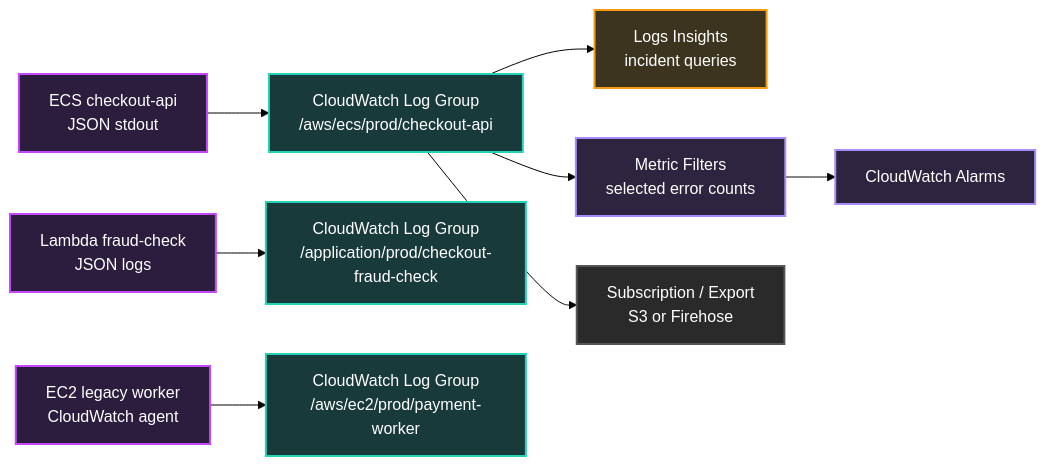
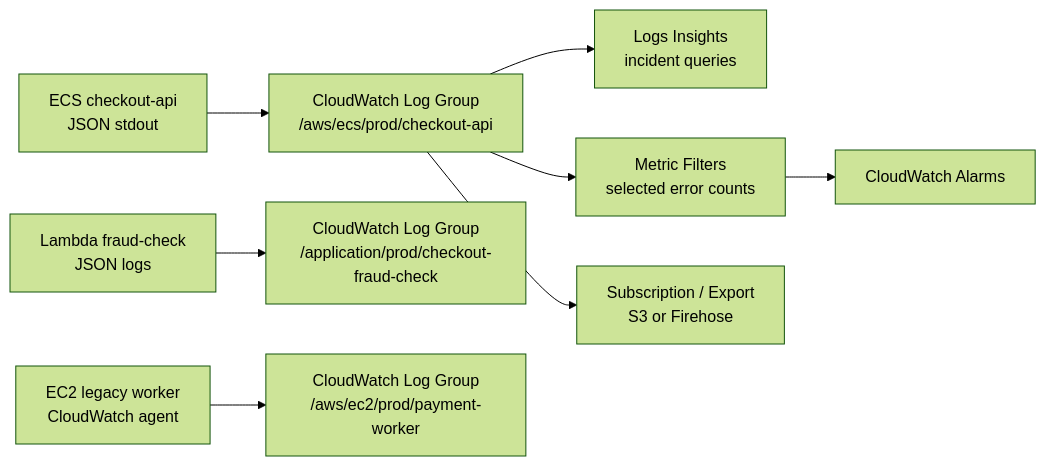
One commit to senlinyy/dev-roadmaps changed the second of 2 diagrams in cloud-providers/aws/observability/03-cloudwatch-logs-and-logs-insights.md. Above: the diagram before and after it, drawn with Mermaid (forest theme). The commit also changed other lines of this file and 152 other files, not shown here.

Commit message:
feat: mlops and diagrams updated

````diff
--- a/cloud-providers/aws/observability/03-cloudwatch-logs-and-logs-insights.md
+++ b/cloud-providers/aws/observability/03-cloudwatch-logs-and-logs-insights.md
@@ -498,17 +493,11 @@
 ```mermaid
 graph LR
     ECS[ECS checkout-api<br/>JSON stdout]:::compute --> Logs[CloudWatch Log Group<br/>/aws/ecs/prod/checkout-api]:::store
     Lambda[Lambda fraud-check<br/>JSON logs]:::compute --> LambdaLogs[CloudWatch Log Group<br/>/application/prod/checkout-fraud-check]:::store
     EC2[EC2 legacy worker<br/>CloudWatch agent]:::compute --> WorkerLogs[CloudWatch Log Group<br/>/aws/ec2/prod/payment-worker]:::store
 
     Logs --> Insights[Logs Insights<br/>incident queries]:::query
     Logs --> Filters[Metric Filters<br/>selected error counts]:::metric
     Logs --> Archive[Subscription / Export<br/>S3 or Firehose]:::archive
     Filters --> Alarm[CloudWatch Alarms]:::metric
-
-    classDef compute fill:#2c1d3e,stroke:#c446ff,stroke-width:2px,color:#fff
-    classDef store fill:#193a3a,stroke:#24d2b5,stroke-width:2px,color:#fff
-    classDef query fill:#3c341f,stroke:#f39c12,stroke-width:2px,color:#fff
-    classDef metric fill:#2f243f,stroke:#a78bfa,stroke-width:2px,color:#fff
-    classDef archive fill:#2a2a2a,stroke:#555,stroke-width:2px,color:#fff
 ```
````
